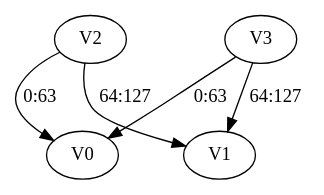
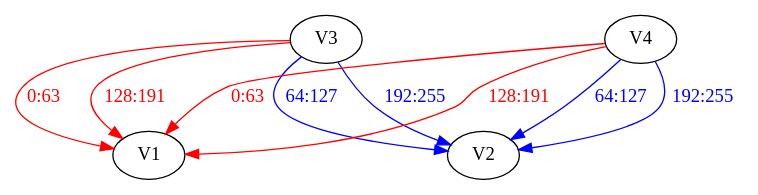
One commit to wangdi4/llvm changed the first of 4 diagrams in llvm/docs/Intel/Analysis/Intel_OptVLS.rst. Above: the diagram before and after it, drawn with Graphviz. The commit also changed other lines of this file and 3 other files, not shown here.

Commit message:
[[scsel-bdw-04-17535]] Simplified the initial graph and supported an iterative optimizer Old/split llvm commit ID: 2f0467a5a4c1675f181e64a4d4729e3f145cd363

```diff
--- a/llvm/docs/Intel/Analysis/Intel_OptVLS.rst
+++ b/llvm/docs/Intel/Analysis/Intel_OptVLS.rst
@@ -333,12 +333,23 @@
 .. graphviz::
 
    digraph Initial_Graph {
 
-      V2 -> V0[label="0:63",weight="0:63"];
+      graph[ordering=in];
 
-      V2 -> V1[label="64:127",weight="64:127"];
+      V3 -> V1[fontcolor=red, color=red, label="0:63",weight="0:63"];
 
-      V3 -> V0[label="0:63",weight="0:63"];
+      V3 -> V1[fontcolor=red, color=red, label="128:191",weight="128:191"];
 
-      V3 -> V1[label="64:127",weight="64:127"];
+      V4 -> V1[fontcolor=red, color=red, label="0:63",weight="0:63"];
+
+      V4 -> V1[fontcolor=red, color=red, label="128:191",weight="128:191"];
+
+      V3 -> V2[fontcolor=blue, color=blue, label="64:127",weight="64:127"];
+
+      V3 -> V2[fontcolor=blue, color=blue, label="192:255",weight="192:255"];
+
+      V4 -> V2[fontcolor=blue, color=blue, label="64:127",weight="64:127"];
+
+      V4 -> V2[fontcolor=blue, color=blue, label="192:255",weight="192:255"];
+
    }
```
